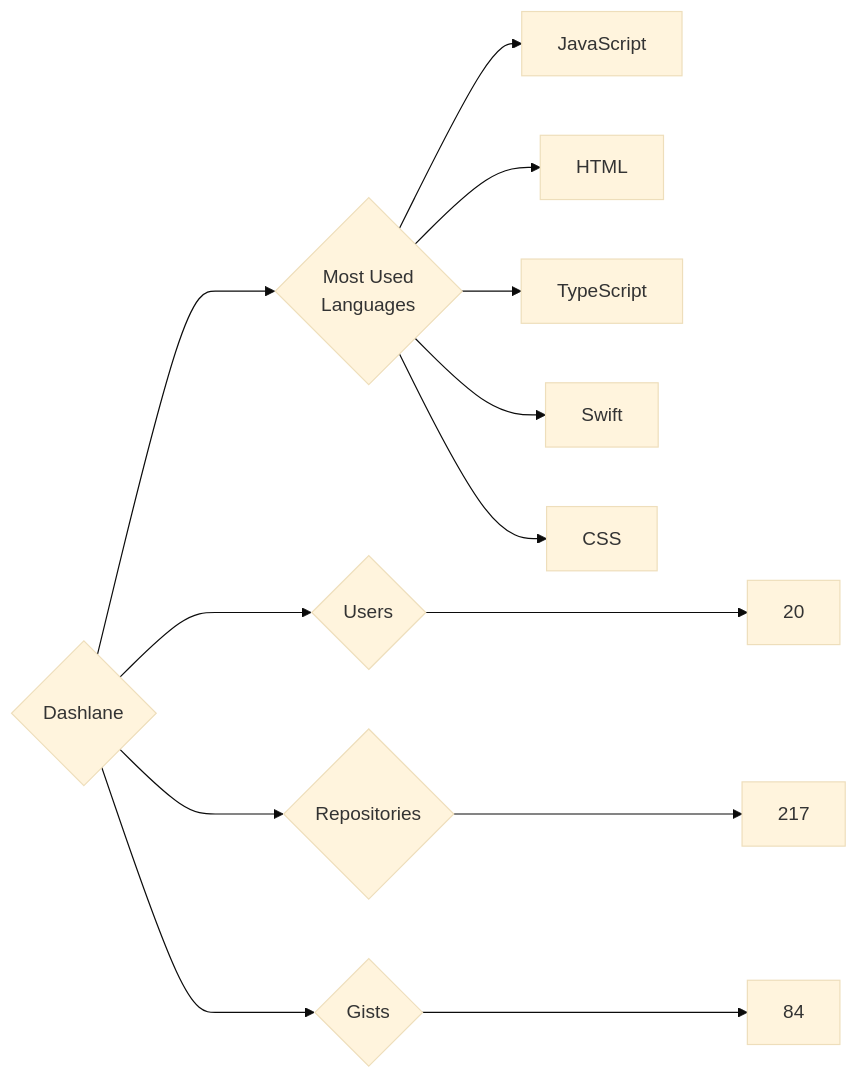
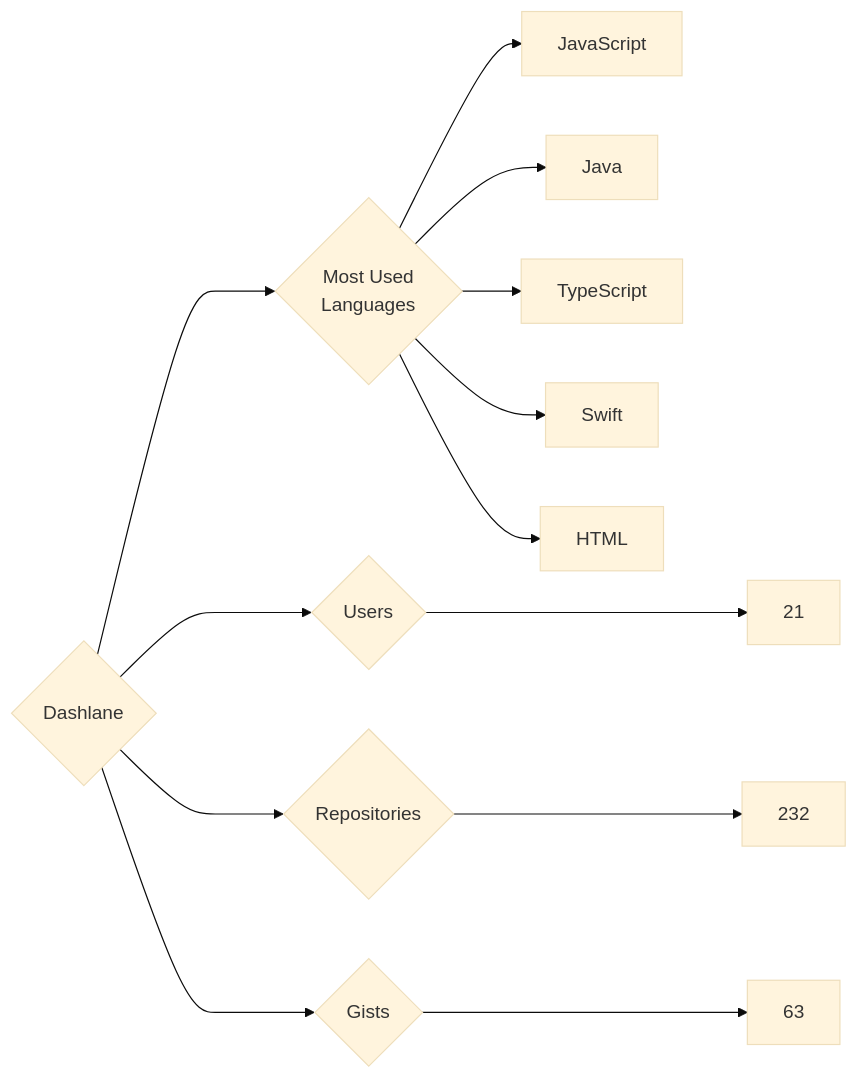
Before and after one commit to trickest/insiders: the diagram in targets/Dashlane/README.md, drawn with Mermaid (base theme). The commit also changed 953 other files, not shown here.

````diff
--- a/targets/Dashlane/README.md
+++ b/targets/Dashlane/README.md
@@ -3,13 +3,13 @@
 ```mermaid
 graph LR
 COMPANY_NAME{Dashlane}
-COMPANY_NAME ---> U{Users} ---> UN[20]
-COMPANY_NAME ---> R{Repositories} ---> RN[217]
-COMPANY_NAME ---> G{Gists} ---> GN[84]
+COMPANY_NAME ---> U{Users} ---> UN[21]
+COMPANY_NAME ---> R{Repositories} ---> RN[232]
+COMPANY_NAME ---> G{Gists} ---> GN[63]
 COMPANY_NAME ---> ML{Most Used<br>Languages}
 ML --> JavaScript[JavaScript]
-ML --> HTML[HTML]
+ML --> Java[Java]
 ML --> TypeScript[TypeScript]
 ML --> Swift[Swift]
-ML --> CSS[CSS]
+ML --> HTML[HTML]
 ```
````
